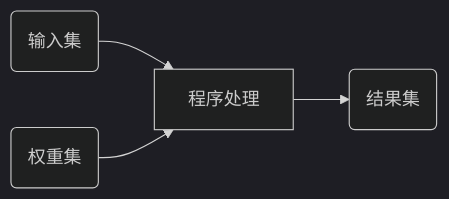
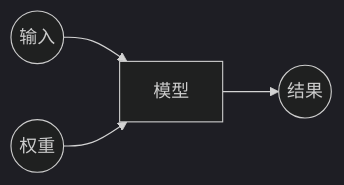
The fourth of 8 diagrams in smartbook/Fastai-01.md (Jaas-Wang/smartbook), drawn with Mermaid (dark theme) before and after one commit. The commit also changed other lines of this file, not shown here.

````diff
--- a/smartbook/Fastai-01.md
+++ b/smartbook/Fastai-01.md
@@ -662,10 +658,10 @@
 ```mermaid
 graph LR
-B(输入集)
-C(权重集)
-D[程序处理]
-E(结果集)
+B((输入))
+C((权重))
+D[模型]
+E((结果))
 B --> D
 C --> D
 D --> E
 ```
````
